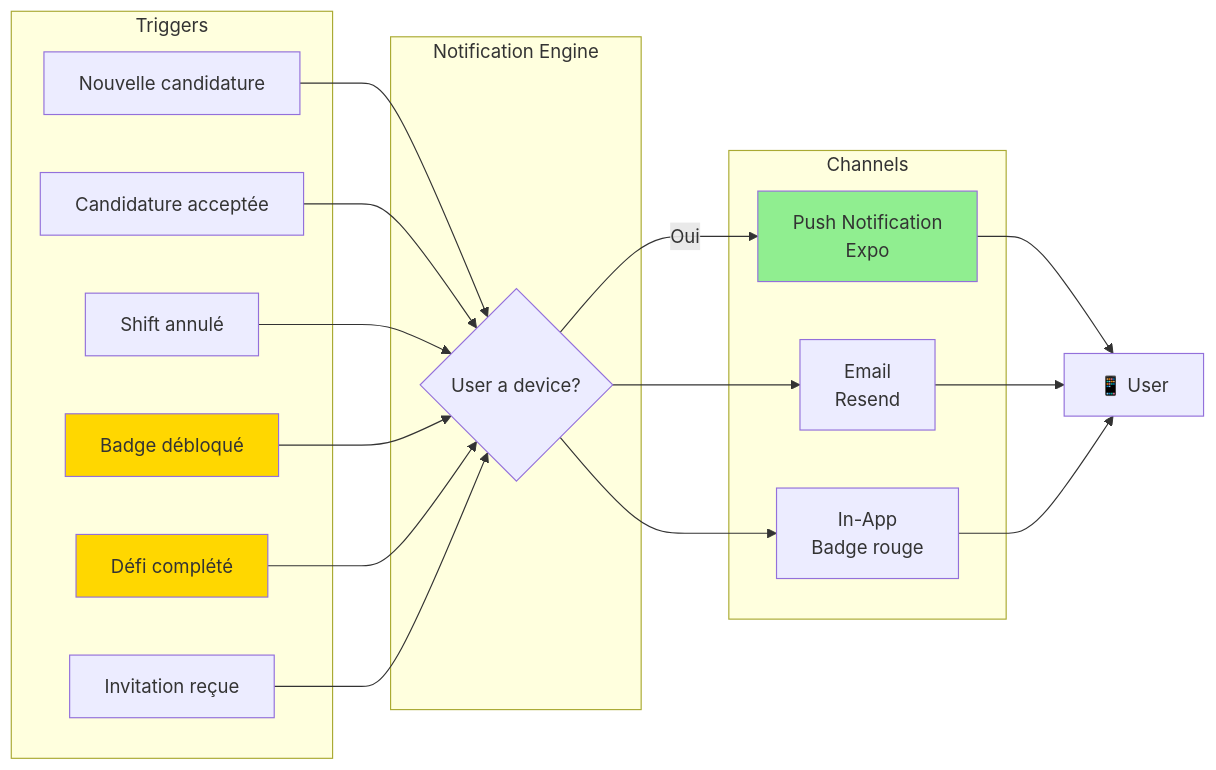
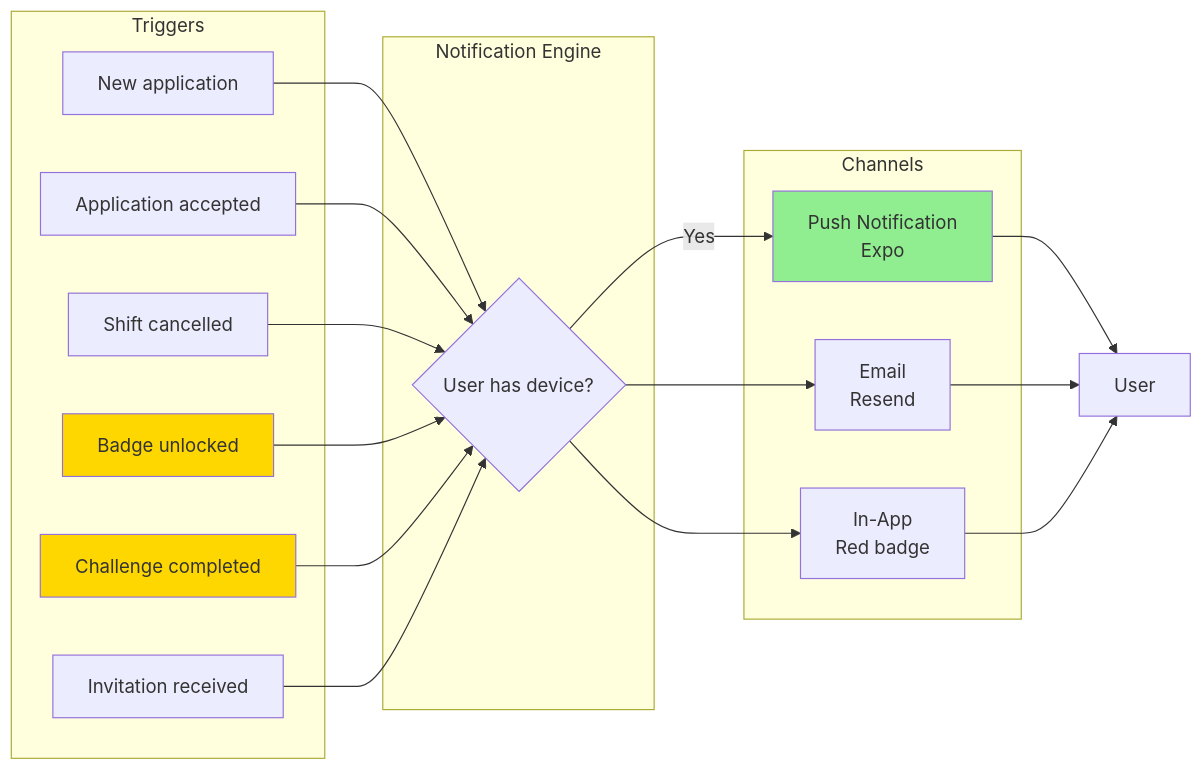
The fifth of 8 diagrams in USER_FLOWS.md (shiftexpress01/public), drawn with Mermaid before and after one commit. The commit also changed other lines of this file, not shown here.

````diff
--- a/USER_FLOWS.md
+++ b/USER_FLOWS.md
@@ -165,35 +165,35 @@
 ```mermaid
 flowchart LR
     subgraph "Triggers"
-        T1[Nouvelle candidature]
-        T2[Candidature acceptée]
-        T3[Shift annulé]
-        T4[Badge débloqué]
-        T5[Défi complété]
-        T6[Invitation reçue]
+        T1[New application]
+        T2[Application accepted]
+        T3[Shift cancelled]
+        T4[Badge unlocked]
+        T5[Challenge completed]
+        T6[Invitation received]
     end
 
     subgraph "Notification Engine"
-        CHECK{User a device?}
+        CHECK{User has device?}
     end
 
     subgraph "Channels"
         PUSH[Push Notification<br/>Expo]
         EMAIL[Email<br/>Resend]
-        IN_APP[In-App<br/>Badge rouge]
+        IN_APP[In-App<br/>Red badge]
     end
 
     T1 & T2 & T3 & T4 & T5 & T6 --> CHECK
 
-    CHECK -->|Oui| PUSH
+    CHECK -->|Yes| PUSH
     CHECK --> EMAIL
     CHECK --> IN_APP
 
-    PUSH --> USER[📱 User]
+    PUSH --> USER[User]
     EMAIL --> USER
     IN_APP --> USER
 
     style T4 fill:#FFD700
     style T5 fill:#FFD700
     style PUSH fill:#90EE90
 ```
````
